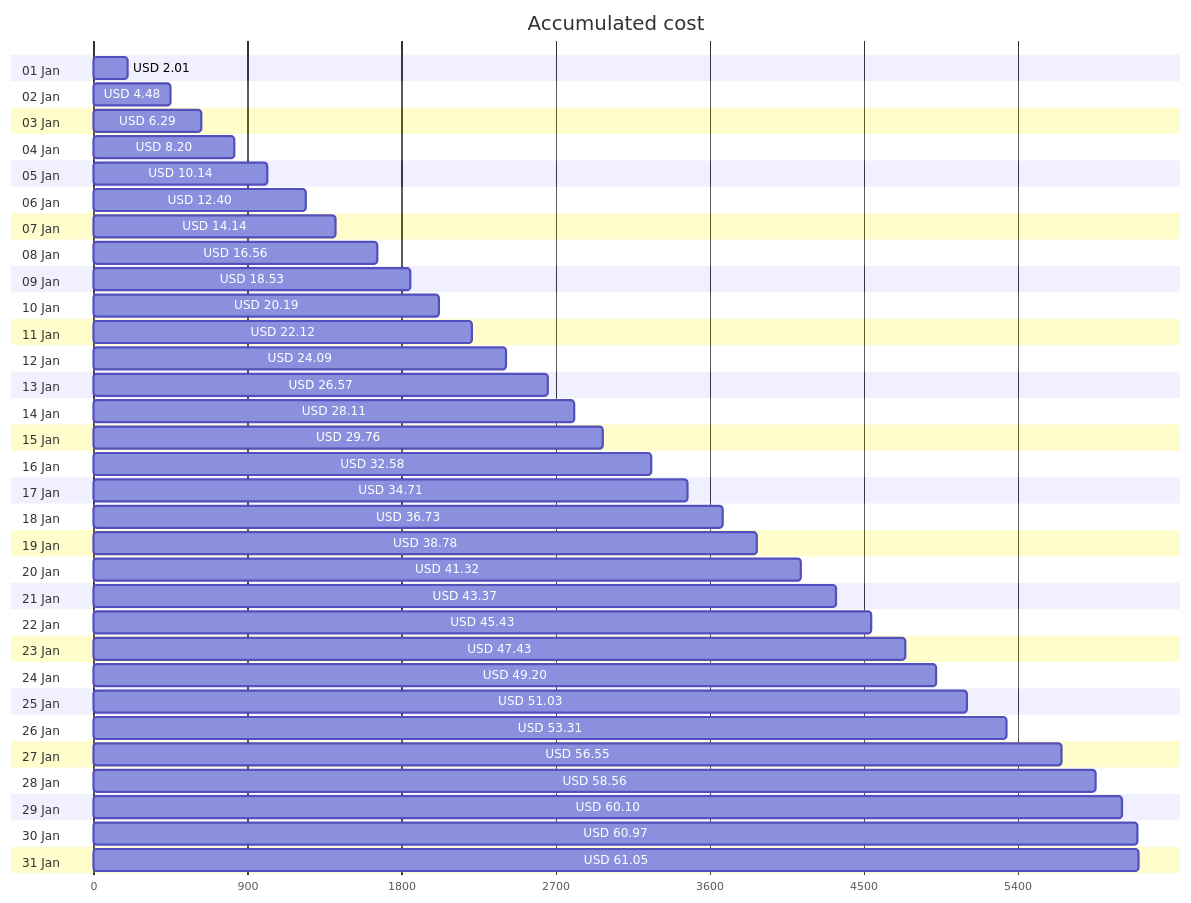
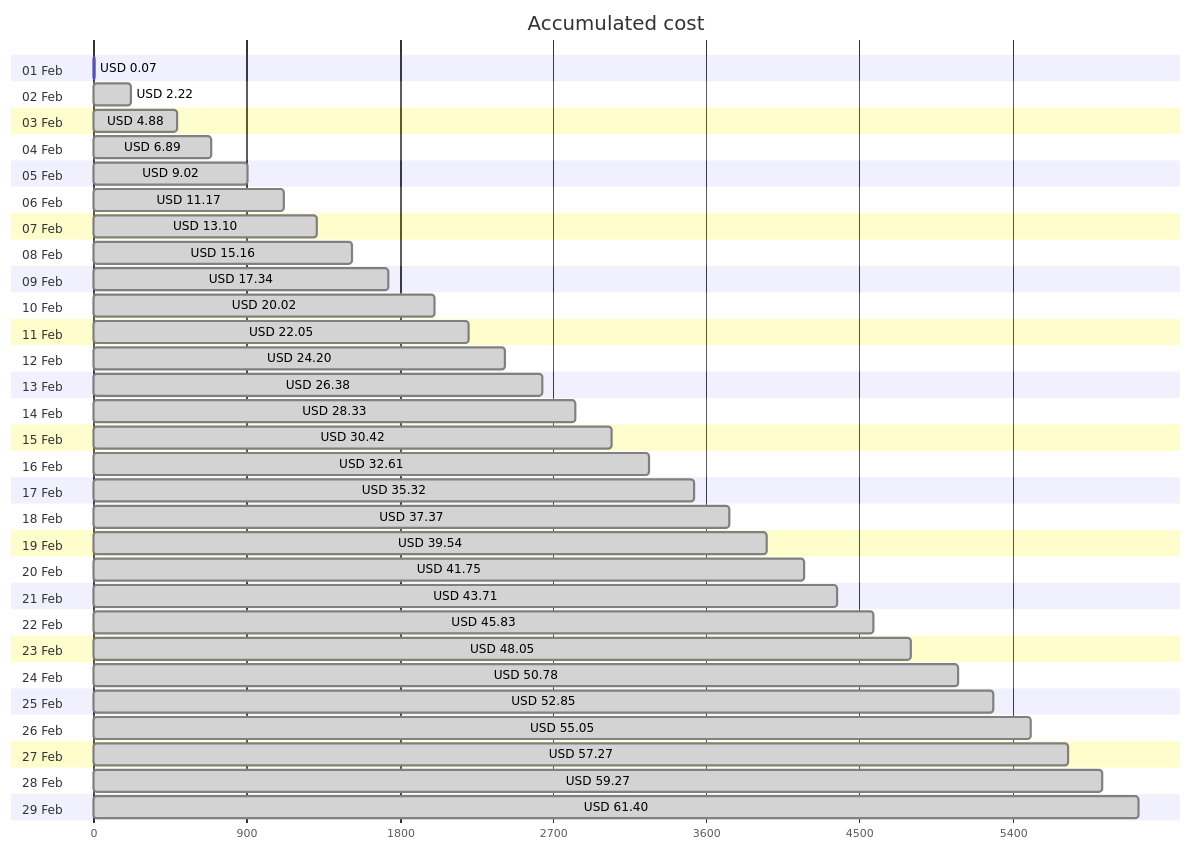
The first of 4 diagrams in cost-reports/personal-network/README.md (jpfulton/azure-personal-reports), drawn with Mermaid before and after one commit. The commit also changed other lines of this file and 8 other files, not shown here.

````diff
--- a/cost-reports/personal-network/README.md
+++ b/cost-reports/personal-network/README.md
@@ -20,68 +20,64 @@
 ```mermaid
 gantt
    title Accumulated cost
    dateFormat  X
    axisFormat %s
-   section 01 Jan
-   USD 2.01 :0, 201
-   section 02 Jan
-   USD 4.48 :0, 448
-   section 03 Jan
-   USD 6.29 :0, 629
-   section 04 Jan
-   USD 8.20 :0, 820
-   section 05 Jan
-   USD 10.14 :0, 1014
-   section 06 Jan
-   USD 12.40 :0, 1240
-   section 07 Jan
-   USD 14.14 :0, 1414
-   section 08 Jan
-   USD 16.56 :0, 1656
-   section 09 Jan
-   USD 18.53 :0, 1853
-   section 10 Jan
-   USD 20.19 :0, 2019
-   section 11 Jan
-   USD 22.12 :0, 2212
-   section 12 Jan
-   USD 24.09 :0, 2409
-   section 13 Jan
-   USD 26.57 :0, 2657
-   section 14 Jan
-   USD 28.11 :0, 2811
-   section 15 Jan
-   USD 29.76 :0, 2976
-   section 16 Jan
-   USD 32.58 :0, 3258
-   section 17 Jan
-   USD 34.71 :0, 3471
-   section 18 Jan
-   USD 36.73 :0, 3673
-   section 19 Jan
-   USD 38.78 :0, 3878
-   section 20 Jan
-   USD 41.32 :0, 4132
-   section 21 Jan
-   USD 43.37 :0, 4337
-   section 22 Jan
-   USD 45.43 :0, 4543
-   section 23 Jan
-   USD 47.43 :0, 4743
-   section 24 Jan
-   USD 49.20 :0, 4920
-   section 25 Jan
-   USD 51.03 :0, 5103
-   section 26 Jan
-   USD 53.31 :0, 5331
-   section 27 Jan
-   USD 56.55 :0, 5655
-   section 28 Jan
-   USD 58.56 :0, 5856
-   section 29 Jan
-   USD 60.10 :0, 6010
-   section 30 Jan
-   USD 60.97 :0, 6097
-   section 31 Jan
-   USD 61.05 :0, 6105
+   section 01 Feb
+   USD 0.07 :0, 7
+   section 02 Feb
+   USD 2.22 : done, 0, 222
+   section 03 Feb
+   USD 4.88 : done, 0, 488
+   section 04 Feb
+   USD 6.89 : done, 0, 689
+   section 05 Feb
+   USD 9.02 : done, 0, 902
+   section 06 Feb
+   USD 11.17 : done, 0, 1117
+   section 07 Feb
+   USD 13.10 : done, 0, 1310
+   section 08 Feb
+   USD 15.16 : done, 0, 1516
+   section 09 Feb
+   USD 17.34 : done, 0, 1734
+   section 10 Feb
+   USD 20.02 : done, 0, 2002
+   section 11 Feb
+   USD 22.05 : done, 0, 2205
+   section 12 Feb
+   USD 24.20 : done, 0, 2420
+   section 13 Feb
+   USD 26.38 : done, 0, 2638
+   section 14 Feb
+   USD 28.33 : done, 0, 2833
+   section 15 Feb
+   USD 30.42 : done, 0, 3042
+   section 16 Feb
+   USD 32.61 : done, 0, 3261
+   section 17 Feb
+   USD 35.32 : done, 0, 3532
+   section 18 Feb
+   USD 37.37 : done, 0, 3737
+   section 19 Feb
+   USD 39.54 : done, 0, 3954
+   section 20 Feb
+   USD 41.75 : done, 0, 4175
+   section 21 Feb
+   USD 43.71 : done, 0, 4371
+   section 22 Feb
+   USD 45.83 : done, 0, 4583
+   section 23 Feb
+   USD 48.05 : done, 0, 4805
+   section 24 Feb
+   USD 50.78 : done, 0, 5078
+   section 25 Feb
+   USD 52.85 : done, 0, 5285
+   section 26 Feb
+   USD 55.05 : done, 0, 5505
+   section 27 Feb
+   USD 57.27 : done, 0, 5727
+   section 28 Feb
+   USD 59.27 : done, 0, 5927
+   section 29 Feb
+   USD 61.40 : done, 0, 6140
 ```
````
